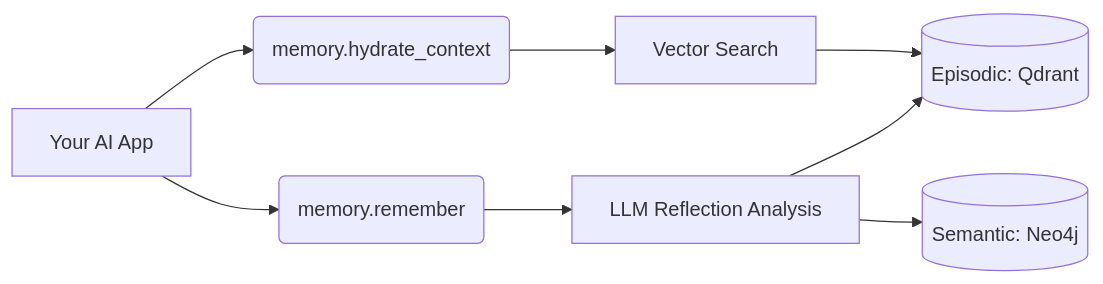
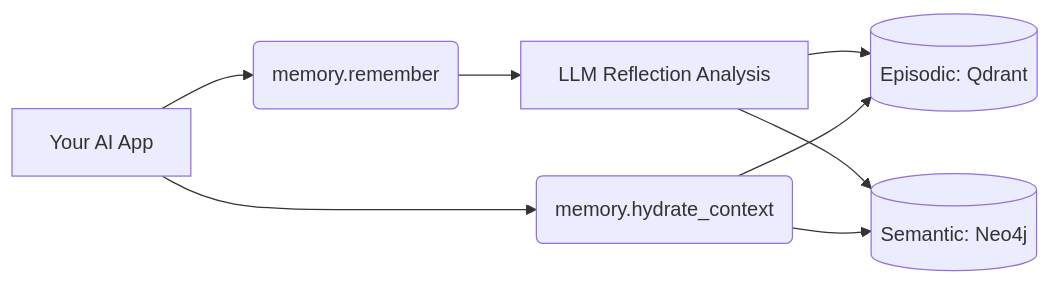
One commit to nuncio-labs/gist-lattice changed the diagram in README.md. Above: the diagram before and after it, drawn with Mermaid.

Commit message:
Fixed issues in readme

````diff
--- a/README.md
+++ b/README.md
@@ -77,13 +77,13 @@
 ```mermaid
 graph LR
     App[Your AI App] --> Remember(memory.remember)
     App --> Hydrate(memory.hydrate_context)
     
     Remember --> LLM[LLM Reflection Analysis]
-    Hydrate --> VectorSearch[Vector Search]
     
     LLM --> Episodic[(Episodic: Qdrant)]
     LLM --> Semantic[(Semantic: Neo4j)]
     
-    VectorSearch --> Episodic
+    Hydrate --> Episodic
+    Hydrate --> Semantic
 ```
````
